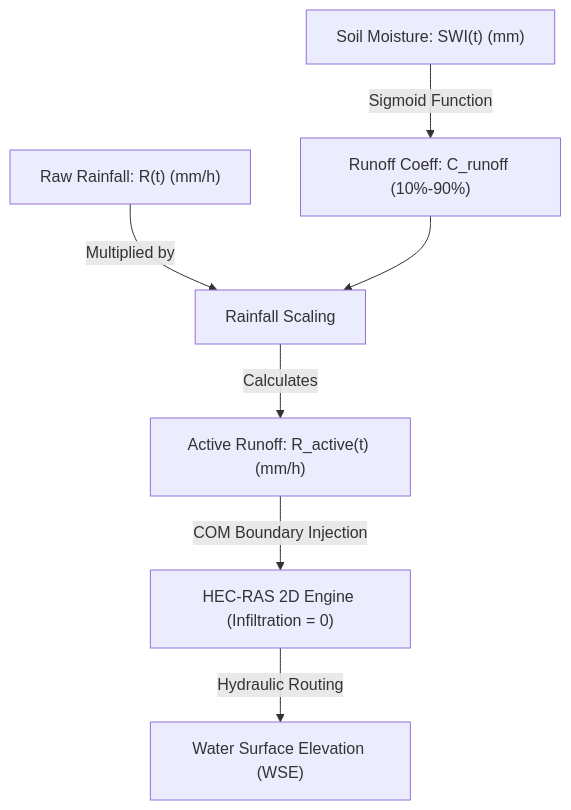
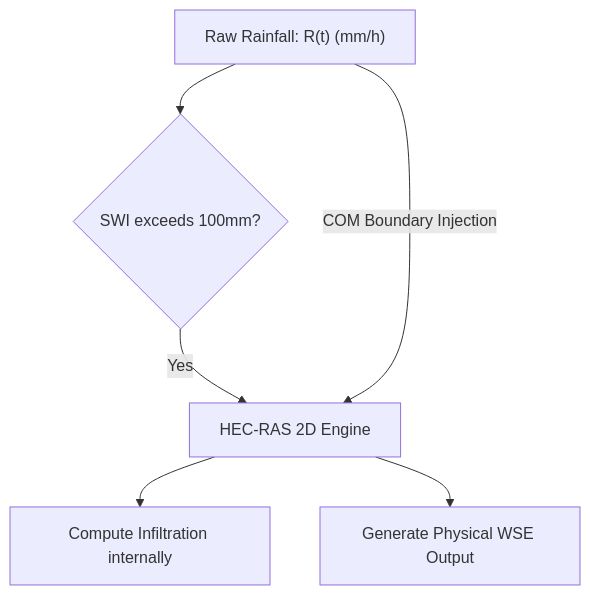
Before and after one commit to tinluan/railway-flood-twin: the fourth of 10 diagrams in report/drafts/final_report_template.md, drawn with Mermaid. The commit also changed other lines of this file and 1 other file, not shown here.

Commit message:
fix: correct infiltration logic documentation to reflect raw/gross rainfall coupling and internal HEC-RAS loss calculation

````diff
--- a/report/drafts/final_report_template.md
+++ b/report/drafts/final_report_template.md
@@ -293,9 +292,8 @@
 ```mermaid
 graph TD
-    Raw["Raw Rainfall: R(t) (mm/h)"] -->|Multiplied by| Scale["Rainfall Scaling"]
-    SWI["Soil Moisture: SWI(t) (mm)"] -->|Sigmoid Function| Runoff["Runoff Coeff: C_runoff (10%-90%)"]
-    Runoff --> Scale
-    Scale -->|Calculates| Active["Active Runoff: R_active(t) (mm/h)"]
-    Active -->|COM Boundary Injection| HECRAS["HEC-RAS 2D Engine (Infiltration = 0)"]
-    HECRAS -->|Hydraulic Routing| WSE["Water Surface Elevation (WSE)"]
+    Raw["Raw Rainfall: R(t) (mm/h)"] --> SWI{"SWI exceeds 100mm?"}
+    SWI -- Yes --> HECRAS["HEC-RAS 2D Engine"]
+    Raw -->|COM Boundary Injection| HECRAS
+    HECRAS --> Infiltration["Compute Infiltration internally"]
+    HECRAS --> WSE["Generate Physical WSE Output"]
 ```
````
